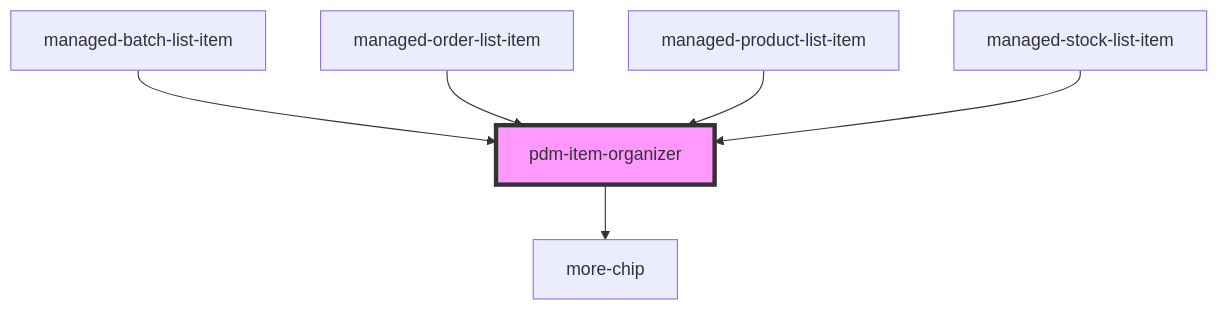
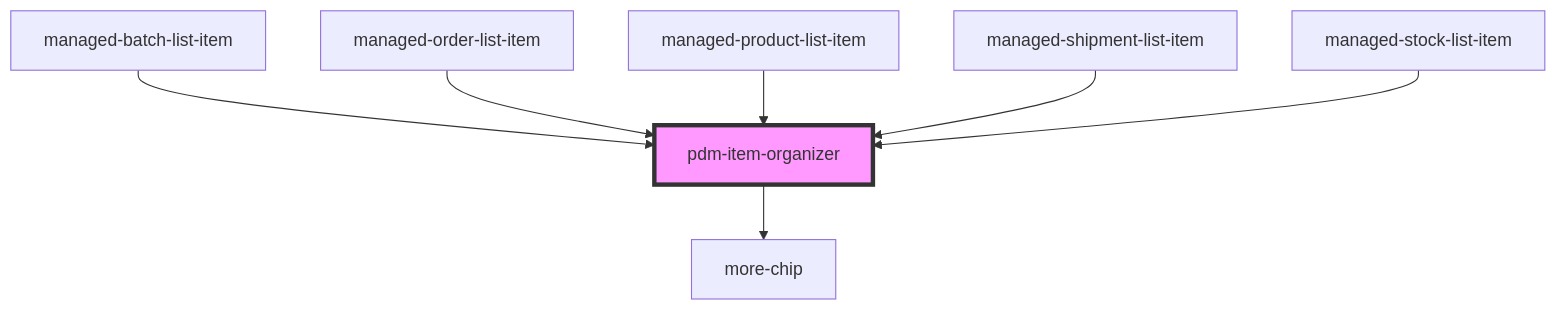
One commit to PharmaLedger-IMI/fgt-workspace changed the diagram in pdm-web-components/src/components/pdm-item-organizer/readme.md. Above: the diagram before and after it, drawn with Mermaid. The commit also changed other lines of this file and 129 other files, not shown here.

````diff
--- a/pdm-web-components/src/components/pdm-item-organizer/readme.md
+++ b/pdm-web-components/src/components/pdm-item-organizer/readme.md
@@ -41,9 +42,10 @@
 ```mermaid
 graph TD;
   pdm-item-organizer --> more-chip
   managed-batch-list-item --> pdm-item-organizer
   managed-order-list-item --> pdm-item-organizer
   managed-product-list-item --> pdm-item-organizer
+  managed-shipment-list-item --> pdm-item-organizer
   managed-stock-list-item --> pdm-item-organizer
   style pdm-item-organizer fill:#f9f,stroke:#333,stroke-width:4px
 ```
````
